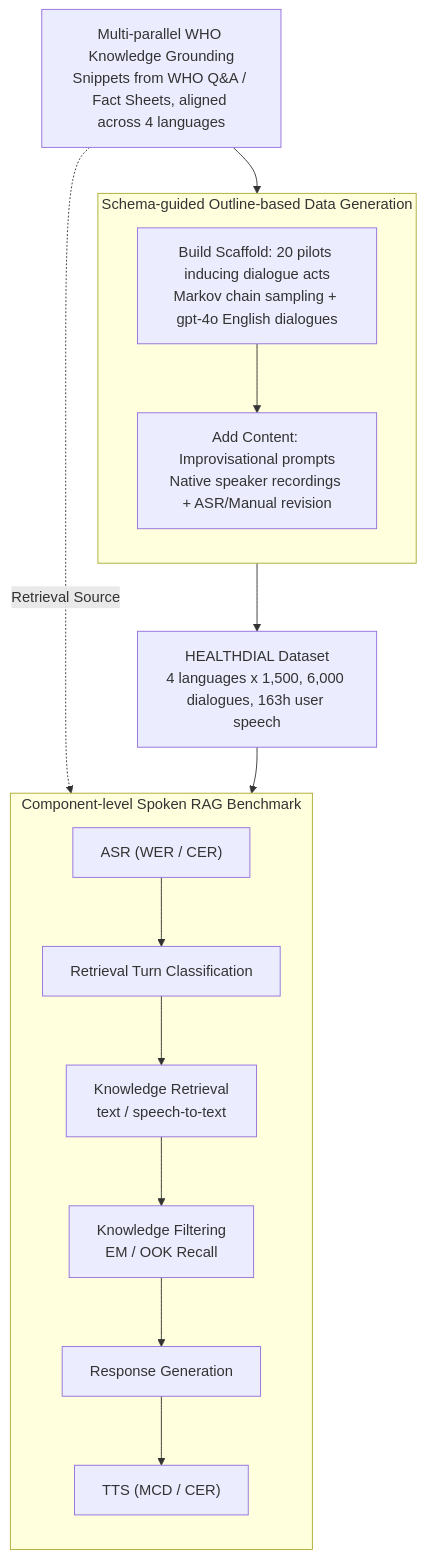
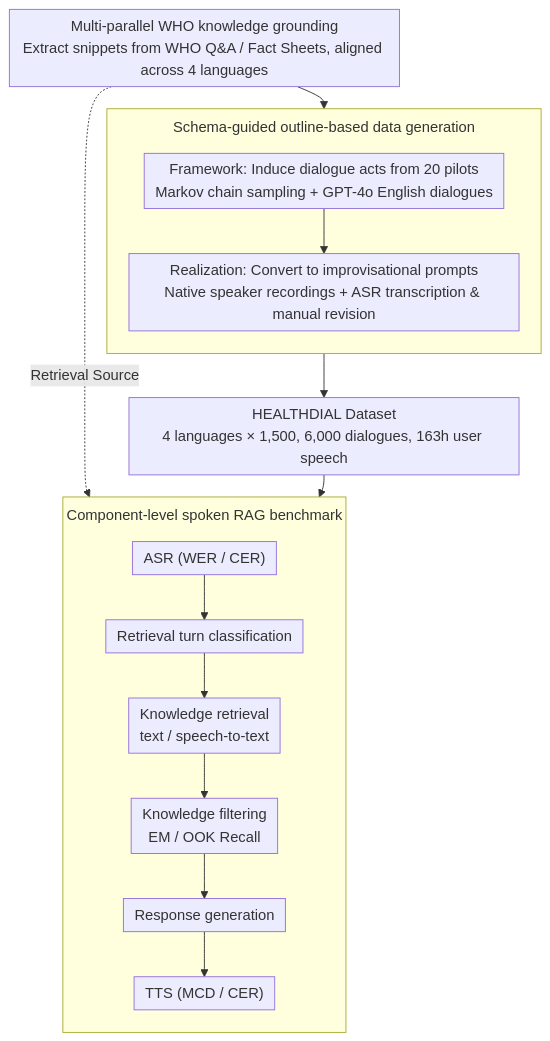
One commit to zhaoyang97/Paper-Notes-en changed the diagram in docs/ACL2026/audio_speech/dial_healthdial_for_advice_a_multilingual_and_multi-parallel_spoken_dialogue_dat.md. Above: the diagram before and after it, drawn with Mermaid. The commit also changed other lines of this file and 5084 other files, not shown here.

````diff
--- a/docs/ACL2026/audio_speech/dial_healthdial_for_advice_a_multilingual_and_multi-parallel_spoken_dialogue_dat.md
+++ b/docs/ACL2026/audio_speech/dial_healthdial_for_advice_a_multilingual_and_multi-parallel_spoken_dialogue_dat.md
@@ -46,21 +46,22 @@
 ```mermaid
-graph TD
-    K["Multi-parallel WHO Knowledge Grounding<br/>Snippets from WHO Q&A / Fact Sheets, aligned across 4 languages"]
-    subgraph GEN["Schema-guided Outline-based Data Generation"]
+%%{init: {'flowchart': {'rankSpacing': 24, 'nodeSpacing': 28, 'padding': 6, 'wrappingWidth': 400, 'subGraphTitleMargin': {'top': 8, 'bottom': 16}}}}%%
+flowchart TD
+    K["Multi-parallel WHO knowledge grounding<br/>Extract snippets from WHO Q&A / Fact Sheets, aligned across 4 languages"]
+    subgraph GEN["Schema-guided outline-based data generation"]
         direction TB
-        P["Build Scaffold: 20 pilots inducing dialogue acts<br/>Markov chain sampling + gpt-4o English dialogues"]
-        P --> I["Add Content: Improvisational prompts<br/>Native speaker recordings + ASR/Manual revision"]
+        P["Framework: Induce dialogue acts from 20 pilots<br/>Markov chain sampling + GPT-4o English dialogues"]
+        P --> I["Realization: Convert to improvisational prompts<br/>Native speaker recordings + ASR transcription & manual revision"]
     end
     K --> GEN
-    I --> D["HEALTHDIAL Dataset<br/>4 languages x 1,500, 6,000 dialogues, 163h user speech"]
-    subgraph BENCH["Component-level Spoken RAG Benchmark"]
+    I --> D["HEALTHDIAL Dataset<br/>4 languages × 1,500, 6,000 dialogues, 163h user speech"]
+    subgraph BENCH["Component-level spoken RAG benchmark"]
         direction TB
-        B1["ASR (WER / CER)"] --> B2["Retrieval Turn Classification"]
-        B2 --> B3["Knowledge Retrieval<br/>text / speech-to-text"]
-        B3 --> B4["Knowledge Filtering<br/>EM / OOK Recall"]
-        B4 --> B5["Response Generation"]
+        B1["ASR (WER / CER)"] --> B2["Retrieval turn classification"]
+        B2 --> B3["Knowledge retrieval<br/>text / speech-to-text"]
+        B3 --> B4["Knowledge filtering<br/>EM / OOK Recall"]
+        B4 --> B5["Response generation"]
         B5 --> B6["TTS (MCD / CER)"]
     end
     D --> BENCH
     K -.Retrieval Source.-> B3
 ```
````
